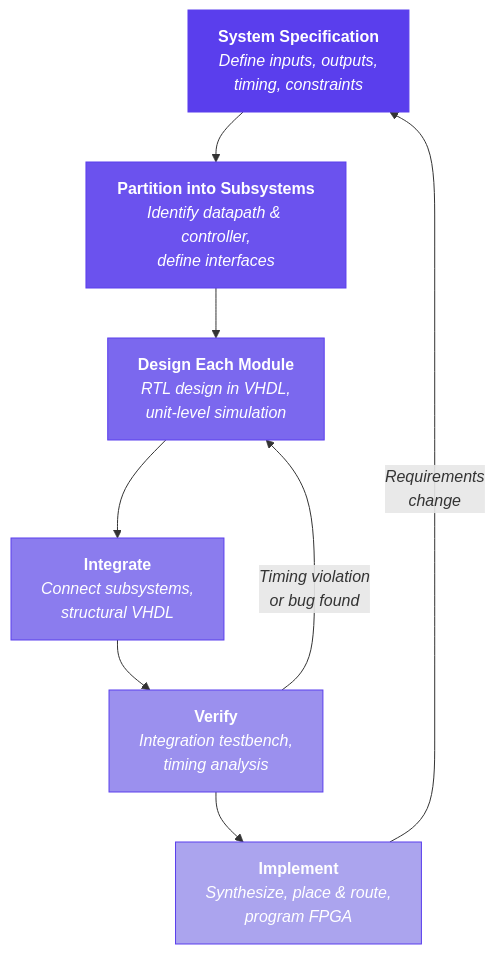
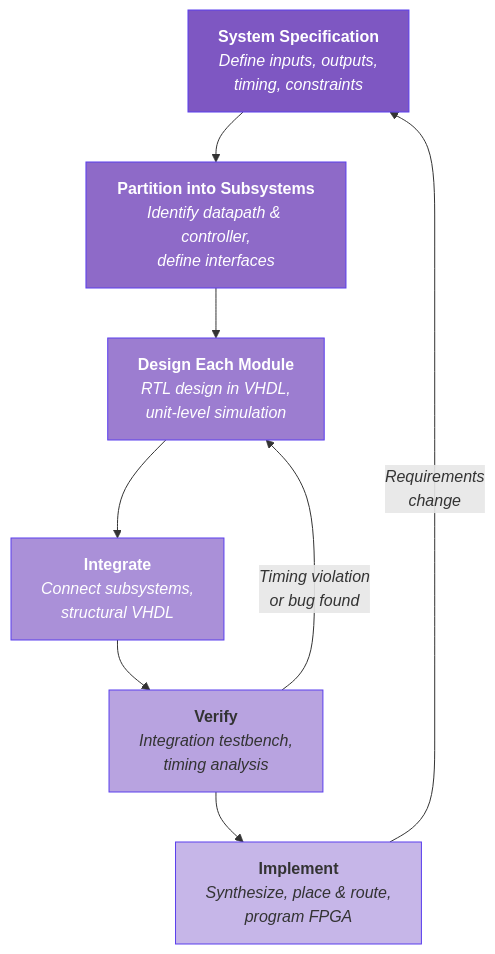
One commit to Nati-123/intelligent-textbook-ee2301 changed the first of 3 diagrams in docs/unit13-system-integration/index.md. Above: the diagram before and after it, drawn with Mermaid.

Commit message:
Lighten Mermaid flowchart colors in Unit 13.2 for better text visibility
Change dark purple fills to brighter shades so white text is readable.
Bottom two boxes use dark text (#333) on lighter backgrounds for contrast.

````diff
--- a/docs/unit13-system-integration/index.md
+++ b/docs/unit13-system-integration/index.md
@@ -136,20 +136,20 @@
 ```mermaid
 flowchart TD
     A["<b>System Specification</b><br/><i>Define inputs, outputs,<br/>timing, constraints</i>"]
     B["<b>Partition into Subsystems</b><br/><i>Identify datapath &amp; controller,<br/>define interfaces</i>"]
     C["<b>Design Each Module</b><br/><i>RTL design in VHDL,<br/>unit-level simulation</i>"]
     D["<b>Integrate</b><br/><i>Connect subsystems,<br/>structural VHDL</i>"]
     E["<b>Verify</b><br/><i>Integration testbench,<br/>timing analysis</i>"]
     F["<b>Implement</b><br/><i>Synthesize, place &amp; route,<br/>program FPGA</i>"]
 
     A --> B --> C --> D --> E --> F
     E -- "<i>Timing violation<br/>or bug found</i>" --> C
     F -- "<i>Requirements<br/>change</i>" --> A
 
-    style A fill:#5A3EED,stroke:#5A3EED,color:#fff
-    style B fill:#6B52EE,stroke:#5A3EED,color:#fff
-    style C fill:#7B68EE,stroke:#5A3EED,color:#fff
-    style D fill:#8B7CEE,stroke:#5A3EED,color:#fff
-    style E fill:#9B90EE,stroke:#5A3EED,color:#fff
-    style F fill:#ABA4EE,stroke:#5A3EED,color:#fff
+    style A fill:#7E57C2,stroke:#5A3EED,color:#fff
+    style B fill:#8E6AC8,stroke:#5A3EED,color:#fff
+    style C fill:#9C7DD0,stroke:#5A3EED,color:#fff
+    style D fill:#AA90D8,stroke:#5A3EED,color:#fff
+    style E fill:#B8A3E0,stroke:#5A3EED,color:#333
+    style F fill:#C6B6E8,stroke:#5A3EED,color:#333
 ```
````
